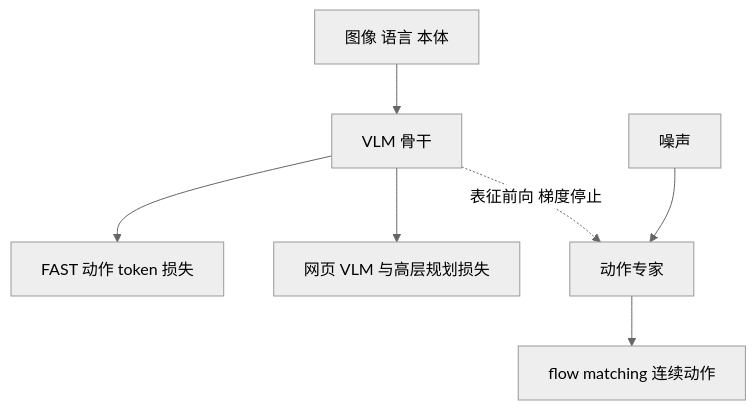
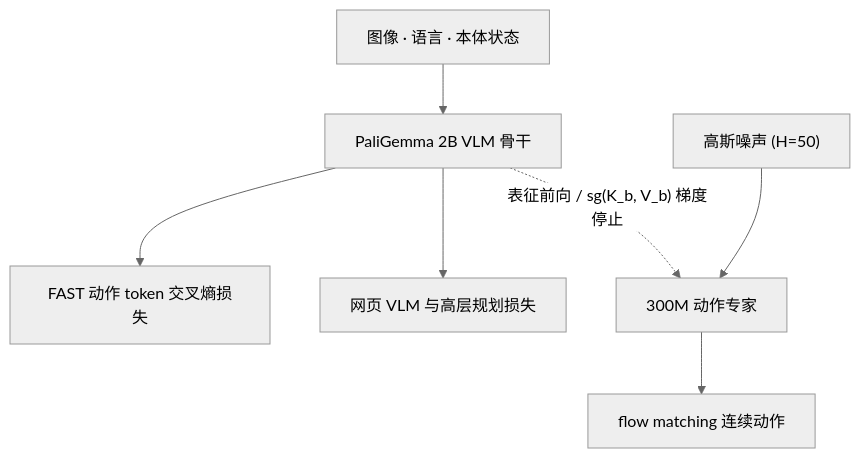
The diagram in wiki/entities/paper-knowledge-insulation.md (ImChong/Robotics_Notebooks), drawn with Mermaid (neutral theme) before and after one commit. The commit also changed other lines of this file and 450 other files, not shown here.

Commit message:
[2026-11-22] ingest | sources/ & wiki/ — 补齐 33 家公司路线 165/167 节点一手原文通读、骨架与 Mermaid 图表至 3/3

````diff
--- a/wiki/entities/paper-knowledge-insulation.md
+++ b/wiki/entities/paper-knowledge-insulation.md
@@ -41,9 +43,9 @@
 ```mermaid
 flowchart TB
-  obs[图像 语言 本体] --> vlm[VLM 骨干]
-  vlm --> fast[FAST 动作 token 损失]
-  vlm --> web[网页 VLM 与高层规划损失]
-  vlm -.->|表征前向 梯度停止| ae[动作专家]
-  noise[噪声] --> ae
-  ae --> flow[flow matching 连续动作]
+  obs["图像 · 语言 · 本体状态"] --> vlm["PaliGemma 2B VLM 骨干"]
+  vlm --> fast["FAST 动作 token 交叉熵损失"]
+  vlm --> web["网页 VLM 与高层规划损失"]
+  vlm -.->|"表征前向 / sg(K_b, V_b) 梯度停止"| ae["300M 动作专家"]
+  noise["高斯噪声 (H=50)"] --> ae
+  ae --> flow["flow matching 连续动作"]
 ```
````
